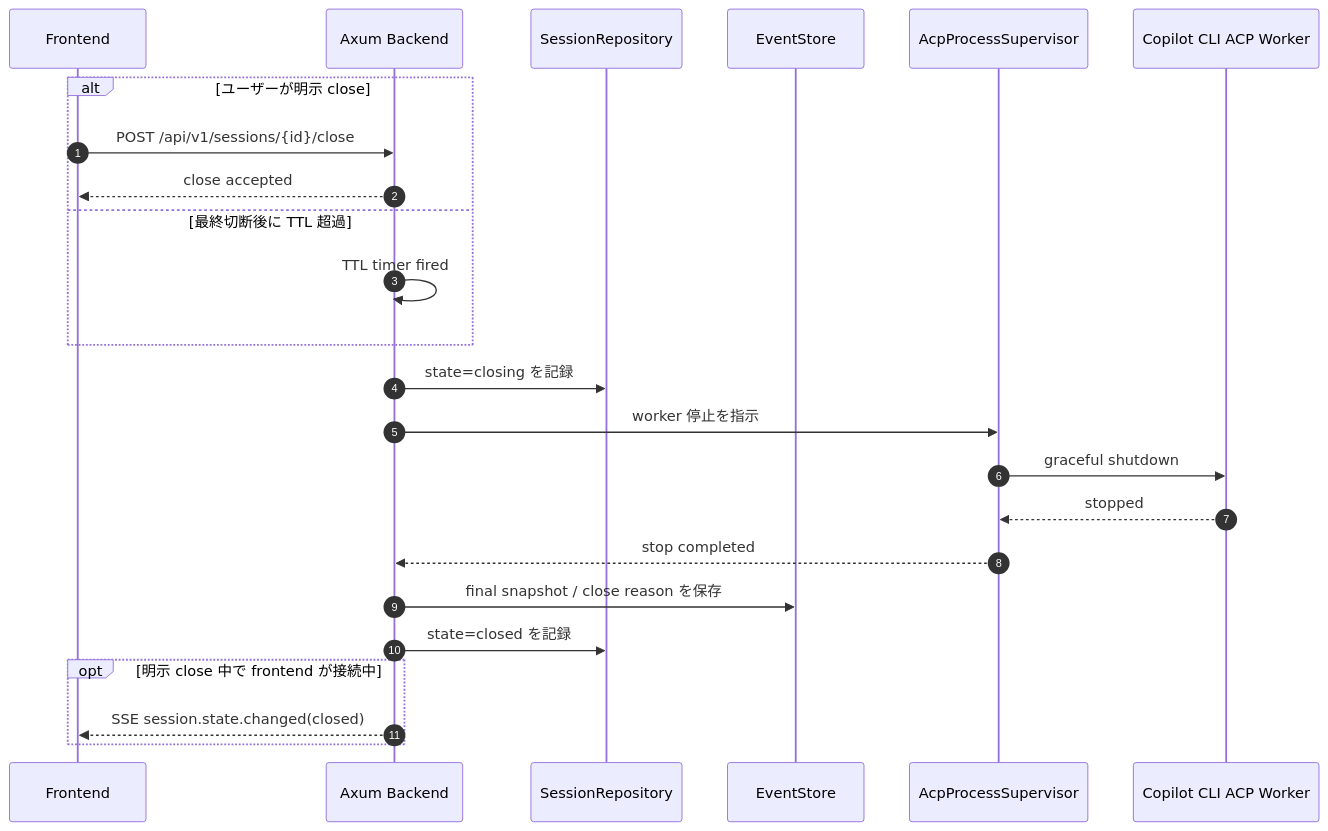
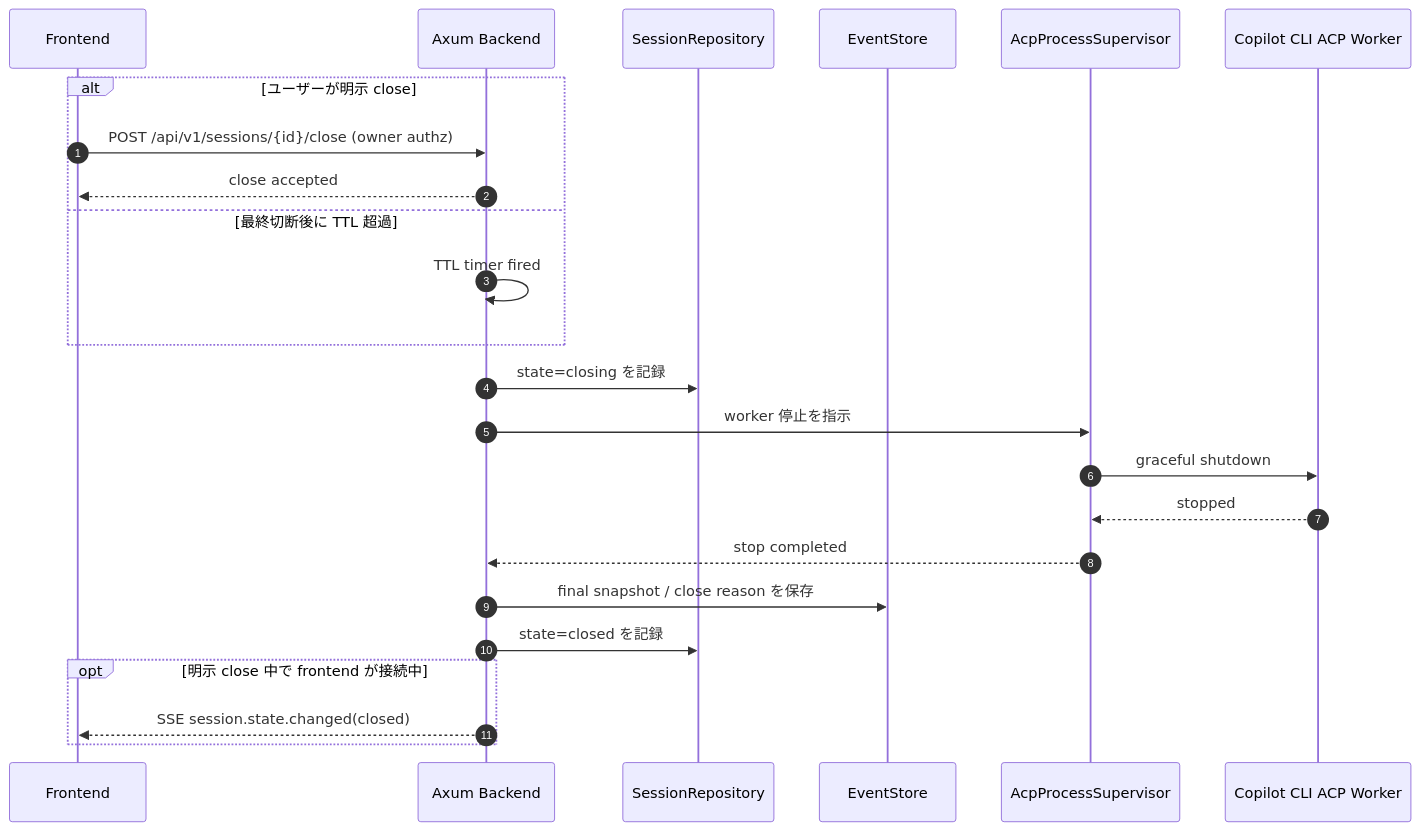
Before and after one commit to chalharu/copilot-sandbox-container: the tenth of 12 diagrams in docs/explanation/acp-web-cli-architecture.md, drawn with Mermaid. The commit also changed other lines of this file, not shown here.

````diff
--- a/docs/explanation/acp-web-cli-architecture.md
+++ b/docs/explanation/acp-web-cli-architecture.md
@@ -499,29 +545,29 @@
 ```mermaid
 sequenceDiagram
     autonumber
     participant Frontend as Frontend
     participant Backend as Axum Backend
     participant SessionRepo as SessionRepository
     participant EventStore as EventStore
     participant Supervisor as AcpProcessSupervisor
     participant Worker as Copilot CLI ACP Worker
 
     alt ユーザーが明示 close
-        Frontend->>Backend: POST /api/v1/sessions/{id}/close
+        Frontend->>Backend: POST /api/v1/sessions/{id}/close (owner authz)
         Backend-->>Frontend: close accepted
     else 最終切断後に TTL 超過
         Backend->>Backend: TTL timer fired
     end
 
     Backend->>SessionRepo: state=closing を記録
     Backend->>Supervisor: worker 停止を指示
     Supervisor->>Worker: graceful shutdown
     Worker-->>Supervisor: stopped
     Supervisor-->>Backend: stop completed
     Backend->>EventStore: final snapshot / close reason を保存
     Backend->>SessionRepo: state=closed を記録
 
     opt 明示 close 中で frontend が接続中
         Backend-->>Frontend: SSE session.state.changed(closed)
     end
 ```
````
